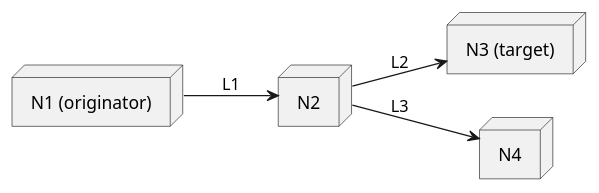
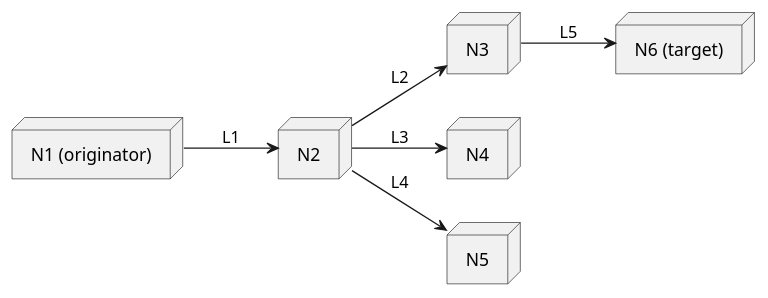
The diagram in doc/cluster/figures/test-network-1.puml (gotchoices/ChipNet), drawn with PlantUML before and after one commit. The commit also changed 8 other files, not shown here.

```diff
--- a/doc/cluster/figures/test-network-1.puml
+++ b/doc/cluster/figures/test-network-1.puml
@@ -1,13 +1,17 @@
 @startuml
 left to right direction
 
 node "N1 (originator)" as N1
 node N2
-node "N3 (target)" as N3
+node N3
 node N4
+node N5
+node "N6 (target)" as N6
 
 N1 --> N2 : L1
 N2 --> N3 : L2
 N2 --> N4 : L3
+N2 --> N5 : L4
+N3 --> N6 : L5
 
 @enduml
```
